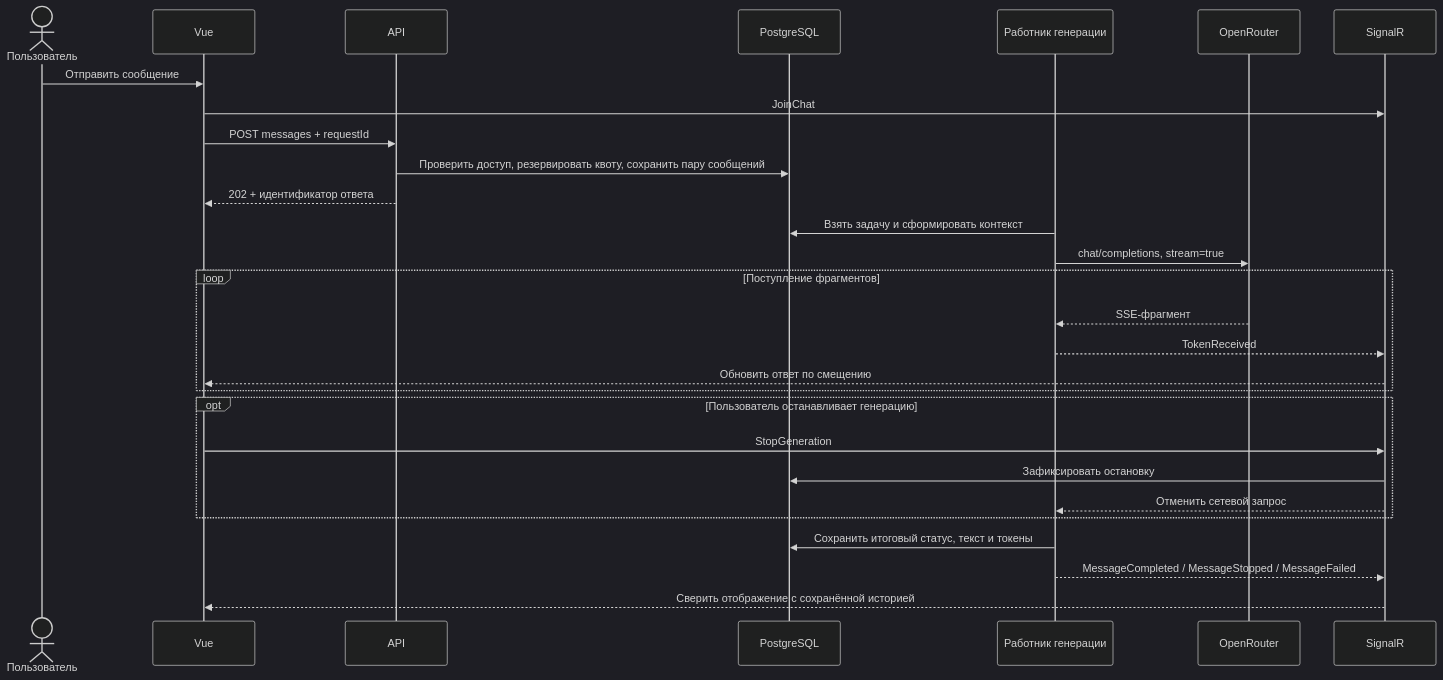
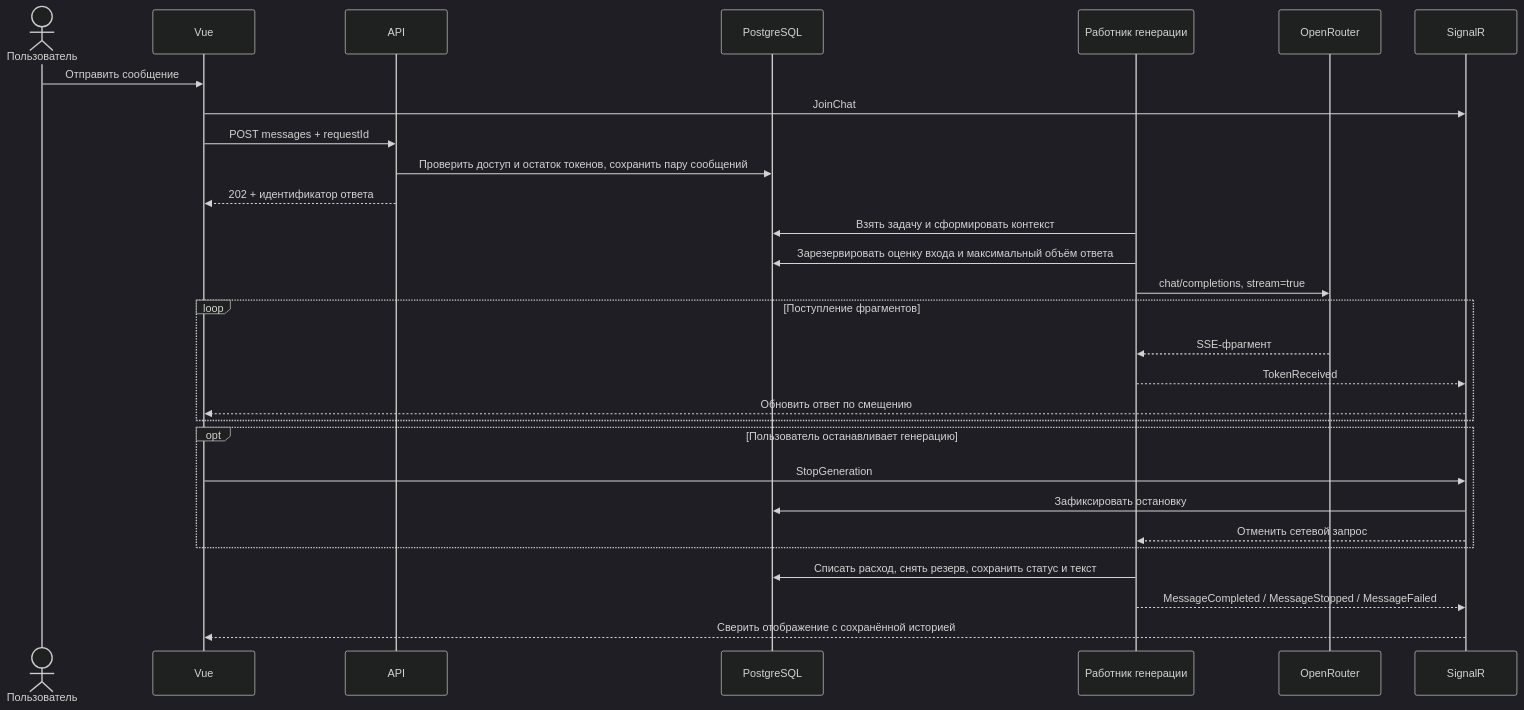
The third of 4 diagrams in docs/architecture.md (Amudz1/kursach_v2.0), drawn with Mermaid (dark theme) before and after one commit. The commit also changed other lines of this file and 42 other files, not shown here.

````diff
--- a/docs/architecture.md
+++ b/docs/architecture.md
@@ -68,30 +68,31 @@
 ```mermaid
 sequenceDiagram
     actor U as Пользователь
     participant W as Vue
     participant A as API
     participant D as PostgreSQL
     participant G as Работник генерации
     participant O as OpenRouter
     participant H as SignalR
     U->>W: Отправить сообщение
     W->>H: JoinChat
     W->>A: POST messages + requestId
-    A->>D: Проверить доступ, резервировать квоту, сохранить пару сообщений
+    A->>D: Проверить доступ и остаток токенов, сохранить пару сообщений
     A-->>W: 202 + идентификатор ответа
     G->>D: Взять задачу и сформировать контекст
+    G->>D: Зарезервировать оценку входа и максимальный объём ответа
     G->>O: chat/completions, stream=true
     loop Поступление фрагментов
         O-->>G: SSE-фрагмент
         G-->>H: TokenReceived
         H-->>W: Обновить ответ по смещению
     end
     opt Пользователь останавливает генерацию
         W->>H: StopGeneration
         H->>D: Зафиксировать остановку
         H-->>G: Отменить сетевой запрос
     end
-    G->>D: Сохранить итоговый статус, текст и токены
+    G->>D: Списать расход, снять резерв, сохранить статус и текст
     G-->>H: MessageCompleted / MessageStopped / MessageFailed
     H-->>W: Сверить отображение с сохранённой историей
 ```
````
